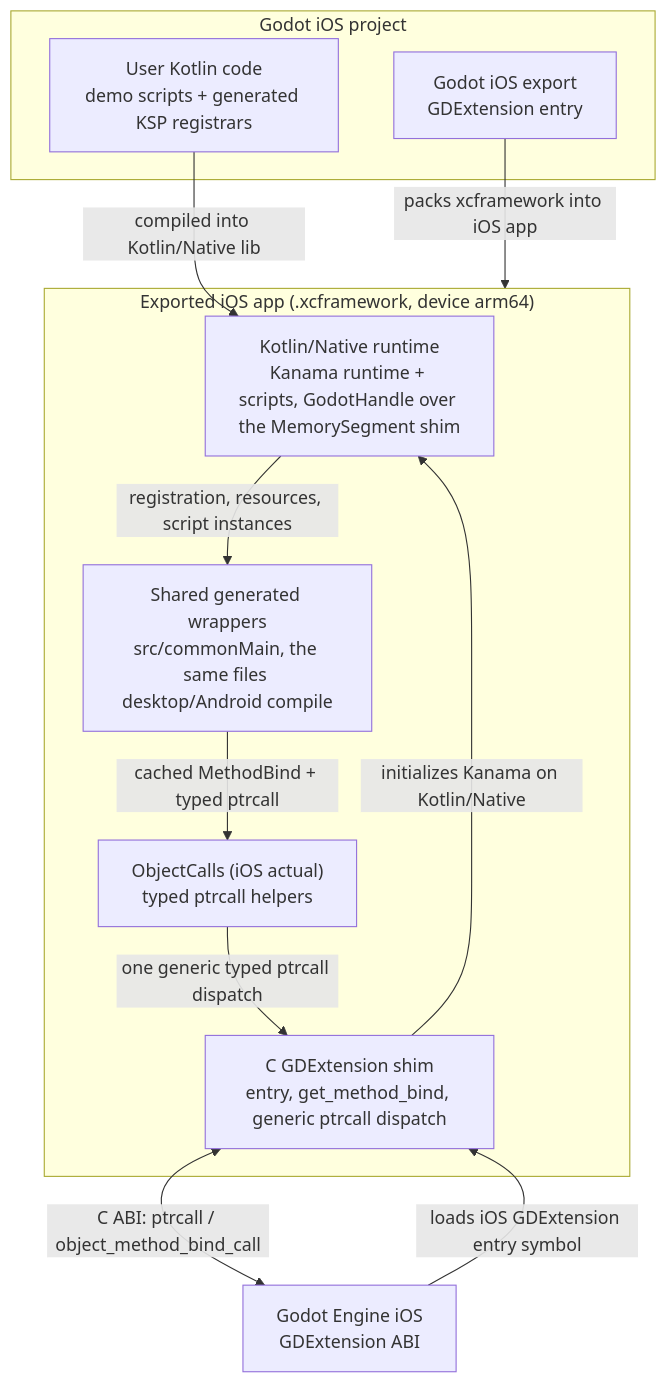
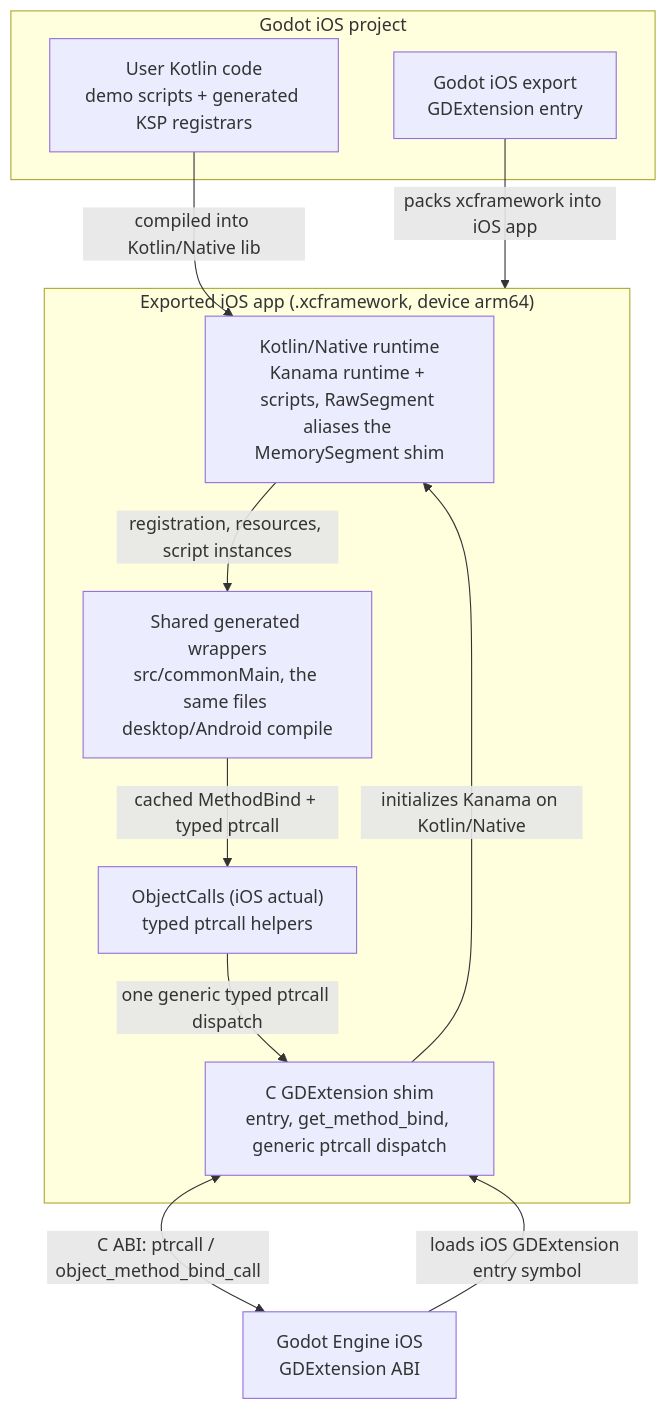
One commit to falcon4ever/kanama changed the third of 5 diagrams in docs/contributing/architecture.md. Above: the diagram before and after it, drawn with Mermaid. The commit also changed other lines of this file and 992 other files, not shown here.

````diff
--- a/docs/contributing/architecture.md
+++ b/docs/contributing/architecture.md
@@ -84,25 +84,25 @@
 ```mermaid
 flowchart TB
     subgraph PROJECT["Godot iOS project"]
         USER["User Kotlin code<br/>demo scripts + generated KSP registrars"]
         EXPORT["Godot iOS export<br/>GDExtension entry"]
     end
 
     subgraph APP["Exported iOS app (.xcframework, device arm64)"]
-        KN["Kotlin/Native runtime<br/>Kanama runtime + scripts, GodotHandle over the MemorySegment shim"]
+        KN["Kotlin/Native runtime<br/>Kanama runtime + scripts, RawSegment aliases the MemorySegment shim"]
         WRAP["Shared generated wrappers<br/>src/commonMain, the same files desktop/Android compile"]
         OC["ObjectCalls (iOS actual)<br/>typed ptrcall helpers"]
         SHIM["C GDExtension shim<br/>entry, get_method_bind, generic ptrcall dispatch"]
     end
 
     GODOT["Godot Engine iOS<br/>GDExtension ABI"]
 
     USER -->|"compiled into Kotlin/Native lib"| KN
     EXPORT -->|"packs xcframework into iOS app"| APP
     GODOT -->|"loads iOS GDExtension entry symbol"| SHIM
     SHIM -->|"initializes Kanama on Kotlin/Native"| KN
     KN -->|"registration, resources, script instances"| WRAP
     WRAP -->|"cached MethodBind + typed ptrcall"| OC
     OC -->|"one generic typed ptrcall dispatch"| SHIM
     SHIM <-->|"C ABI: ptrcall / object_method_bind_call"| GODOT
 ```
````
